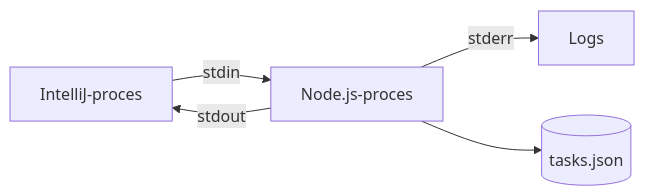
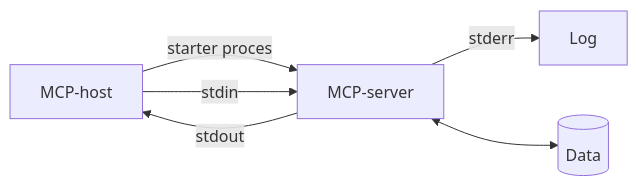
The diagram in faglig-kobling/teknologi-1/README.md (krollchristensen/MCP_ANAC_MHAN), drawn with Mermaid before and after one commit. The commit also changed other lines of this file and 5 other files, not shown here.

````diff
--- a/faglig-kobling/teknologi-1/README.md
+++ b/faglig-kobling/teknologi-1/README.md
@@ -20,7 +32,8 @@
 ```mermaid
 flowchart LR
-    I[IntelliJ-proces] -->|stdin| N[Node.js-proces]
-    N -->|stdout| I
-    N -->|stderr| L[Logs]
-    N --> F[(tasks.json)]
+    H[MCP-host] -->|starter proces| S[MCP-server]
+    H -->|stdin| S
+    S -->|stdout| H
+    S -->|stderr| L[Log]
+    S <--> D[(Data)]
 ```
````
